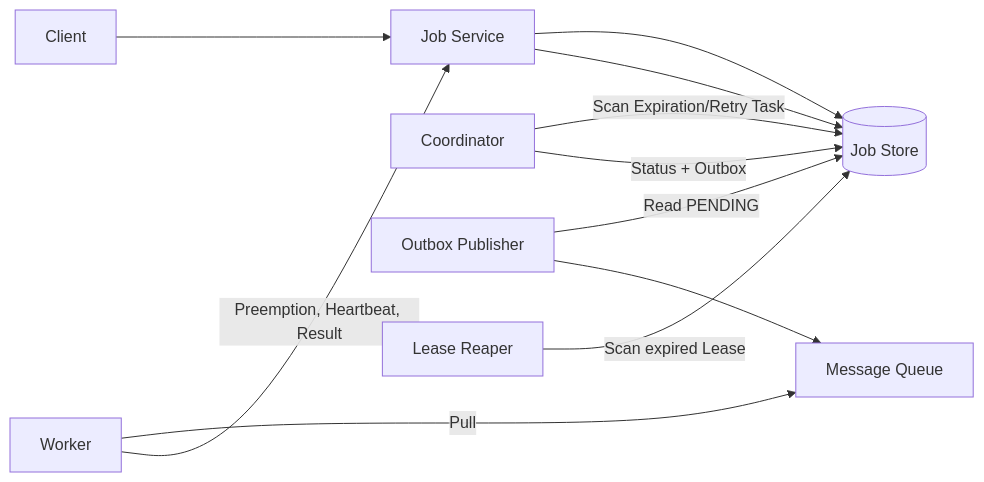
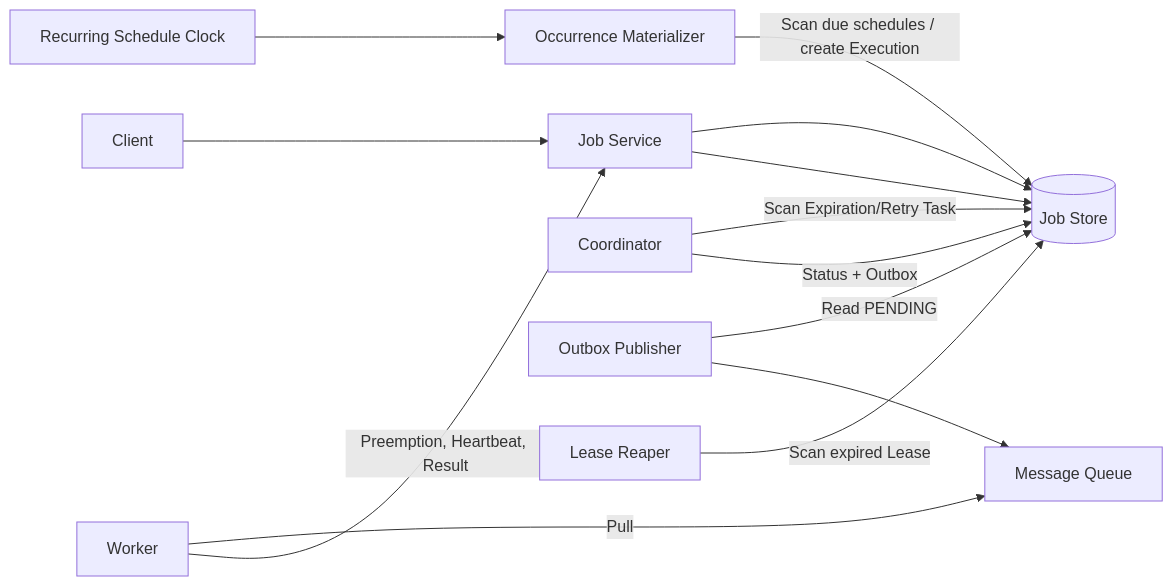
Before and after one commit to wxs3109/System-design: the diagram in docs/knowledge-base/06-case-design/01-common-basic-system/06-job-scheduler/README.md, drawn with Mermaid. The commit also changed other lines of this file and 8 other files, not shown here.

````diff
--- a/docs/knowledge-base/06-case-design/01-common-basic-system/06-job-scheduler/README.md
+++ b/docs/knowledge-base/06-case-design/01-common-basic-system/06-job-scheduler/README.md
@@ -79,16 +83,19 @@
 ```mermaid
 flowchart LR
     Client --> API[Job Service]
     API --> DB[(Job Store)]
+
+    RecurrenceClock[Recurring Schedule Clock] --> Materializer[Occurrence Materializer]
+    Materializer -->|Scan due schedules / create Execution| DB
 
 Coordinator -->|Scan Expiration/Retry Task| DB
 Coordinator -->|Status + Outbox| DB
 Publisher[Outbox Publisher] -->|Read PENDING| DB
     Publisher --> MQ[Message Queue]
 
     Worker -->|Pull| MQ
 Worker -->|Preemption, Heartbeat, Result| API
     API --> DB
 
 Reaper[Lease Reaper] -->|Scan expired Lease| DB
 ```
````
